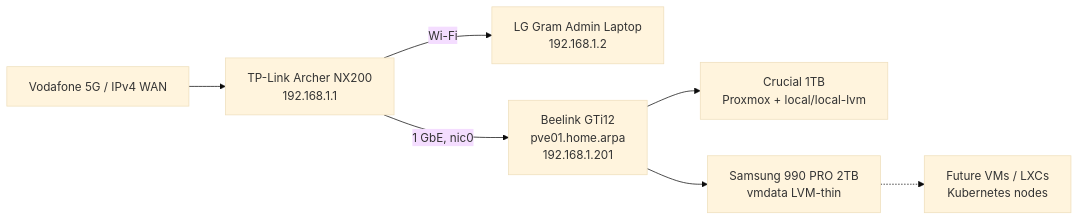
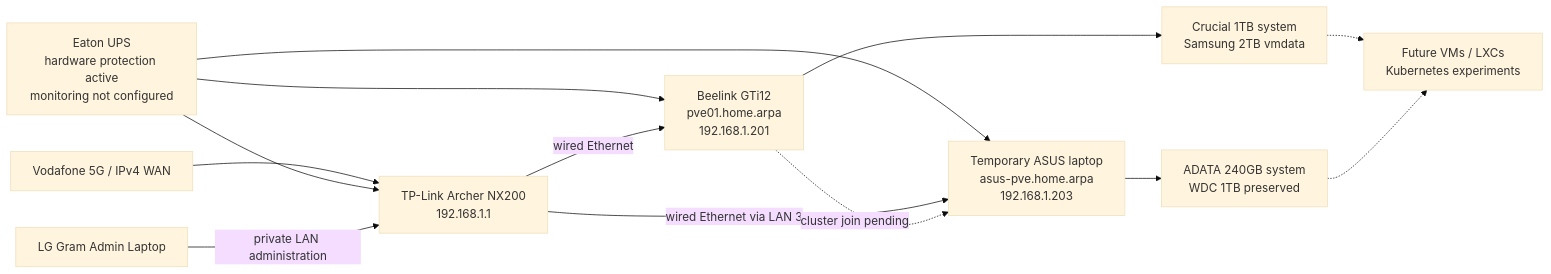
The diagram in README.md (dgsuma/dgs-private-cloud), drawn with Mermaid (base theme) before and after one commit. The commit also changed other lines of this file and 16 other files, not shown here.

First line of the commit message:
docs: prepare temporary ASUS Proxmox node

````diff
--- a/README.md
+++ b/README.md
@@ -32,17 +30,25 @@
 ```mermaid
 flowchart LR
     Internet["Vodafone 5G / IPv4 WAN"]
+    UPS["Eaton UPS<br/>hardware protection active<br/>monitoring not configured"]
     Router["TP-Link Archer NX200<br/>192.168.1.1"]
-    Laptop["LG Gram Admin Laptop<br/>192.168.1.2"]
-    PVE["Beelink GTi12<br/>pve01.home.arpa<br/>192.168.1.201"]
-    SystemDisk["Crucial 1TB<br/>Proxmox + local/local-lvm"]
-    VMData["Samsung 990 PRO 2TB<br/>vmdata LVM-thin"]
-    Future["Future VMs / LXCs<br/>Kubernetes nodes"]
+    Admin["LG Gram Admin Laptop"]
+    PVE1["Beelink GTi12<br/>pve01.home.arpa<br/>192.168.1.201"]
+    PVE2["Temporary ASUS laptop<br/>asus-pve.home.arpa<br/>192.168.1.203"]
+    PVE1Disk["Crucial 1TB system<br/>Samsung 2TB vmdata"]
+    PVE2Disk["ADATA 240GB system<br/>WDC 1TB preserved"]
+    Future["Future VMs / LXCs<br/>Kubernetes experiments"]
 
     Internet --> Router
-    Router -->|Wi-Fi| Laptop
-    Router -->|1 GbE, nic0| PVE
-    PVE --> SystemDisk
-    PVE --> VMData
-    VMData -.-> Future
+    UPS --> Router
+    UPS --> PVE1
+    UPS --> PVE2
+    Admin -->|private LAN administration| Router
+    Router -->|wired Ethernet| PVE1
+    Router -->|wired Ethernet via LAN 3| PVE2
+    PVE1 -.->|cluster join pending| PVE2
+    PVE1 --> PVE1Disk
+    PVE2 --> PVE2Disk
+    PVE1Disk -.-> Future
+    PVE2Disk -.-> Future
 ```
````
